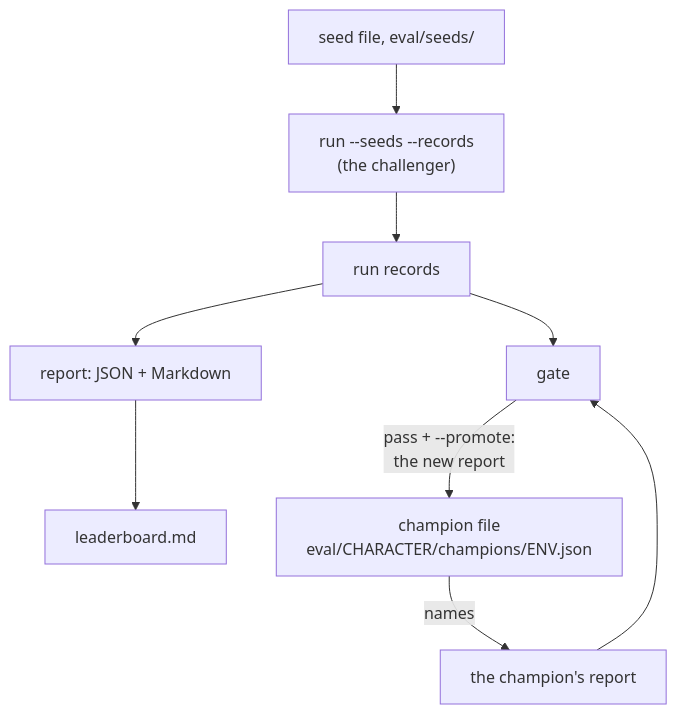
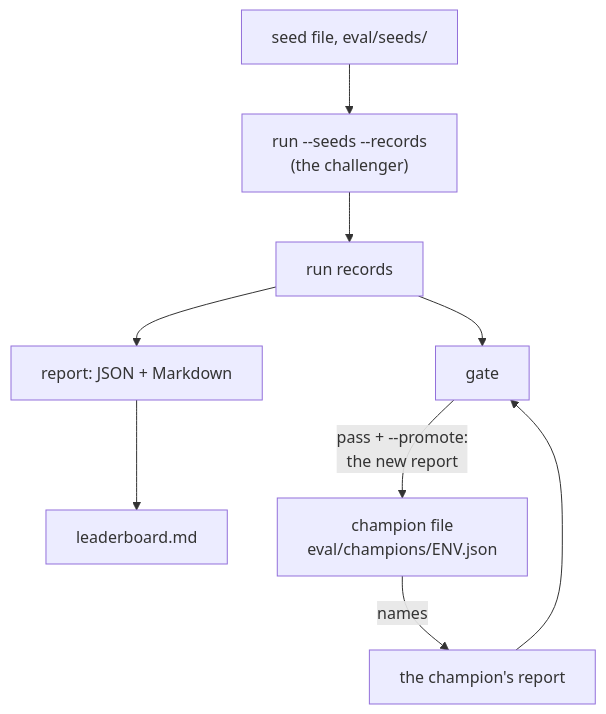
The diagram in docs/src/content/docs/en/arch/evaluation/index.mdx (shinnku-nikaidou/spire-zero), drawn with Mermaid before and after one commit. The commit also changed 38 other files, not shown here.

````diff
--- a/docs/src/content/docs/en/arch/evaluation/index.mdx
+++ b/docs/src/content/docs/en/arch/evaluation/index.mdx
@@ -30,11 +30,11 @@
 ```mermaid
 flowchart TD
   S["seed file, eval/seeds/"] --> R["run --seeds --records<br/>(the challenger)"]
   R --> RR["run records"]
   RR --> REP["report: JSON + Markdown"]
   REP --> LB["leaderboard.md"]
   RR --> G["gate"]
-  CF["champion file<br/>eval/CHARACTER/champions/ENV.json"] -->|names| CR["the champion's report"]
+  CF["champion file<br/>eval/champions/ENV.json"] -->|names| CR["the champion's report"]
   CR --> G
   G -->|"pass + --promote:<br/>the new report"| CF
 ```
````
